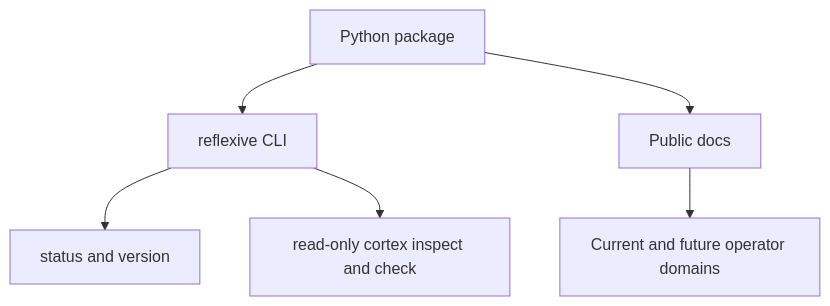
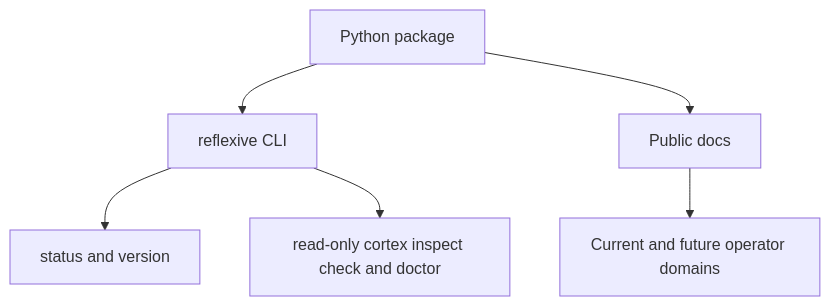
The diagram in docs/architecture.md (rohankhanna/reflexive), drawn with Mermaid before and after one commit. The commit also changed other lines of this file and 6 other files, not shown here.

Commit message:
feat: add public read-only cortex doctor command

````diff
--- a/docs/architecture.md
+++ b/docs/architecture.md
@@ -16,8 +16,8 @@
 ```mermaid
 flowchart TD
     PKG[Python package] --> CLI[reflexive CLI]
     CLI --> STATUS[status and version]
-    CLI --> CORTEX[read-only cortex inspect and check]
+    CLI --> CORTEX[read-only cortex inspect check and doctor]
     PKG --> DOCS[Public docs]
     DOCS --> DOMAINS[Current and future operator domains]
 ```
````
